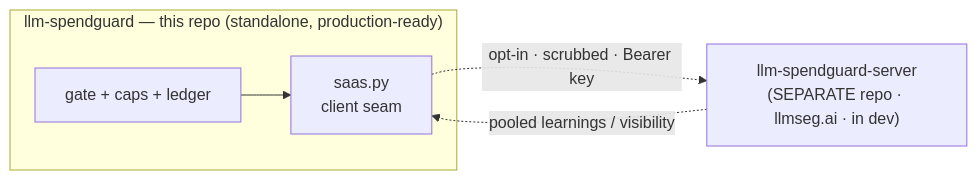
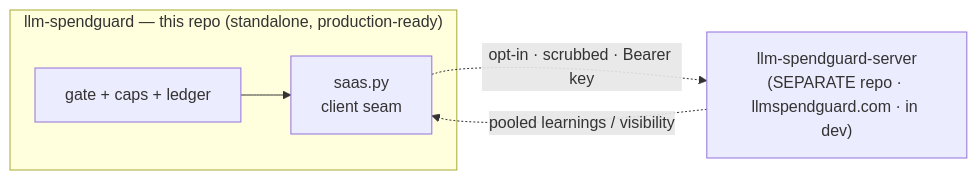
Before and after one commit to llmspendguard/llm-spendguard: the third of 4 diagrams in docs/ARCHITECTURE.md, drawn with Mermaid. The commit also changed other lines of this file and 9 other files, not shown here.

First line of the commit message:
docs: correct stale SaaS URLs to llmspendguard.com

````diff
--- a/docs/ARCHITECTURE.md
+++ b/docs/ARCHITECTURE.md
@@ -273,8 +273,8 @@
 ```mermaid
 flowchart LR
     subgraph client ["llm-spendguard — this repo (standalone, production-ready)"]
       GATE["gate + caps + ledger"] --> SAAS["saas.py<br/>client seam"]
     end
-    SAAS -.->|"opt-in · scrubbed · Bearer key"| SERVER["llm-spendguard-server<br/>(SEPARATE repo · llmseg.ai · in dev)"]
+    SAAS -.->|"opt-in · scrubbed · Bearer key"| SERVER["llm-spendguard-server<br/>(SEPARATE repo · llmspendguard.com · in dev)"]
     SERVER -.->|"pooled learnings / visibility"| SAAS
 ```
````
